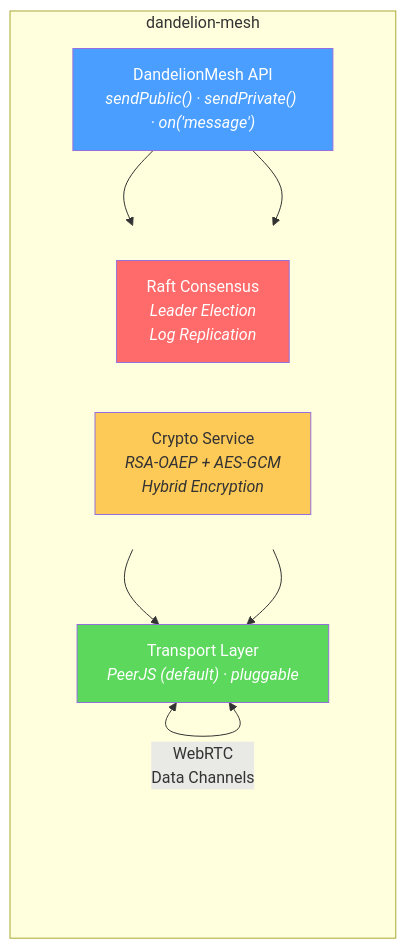
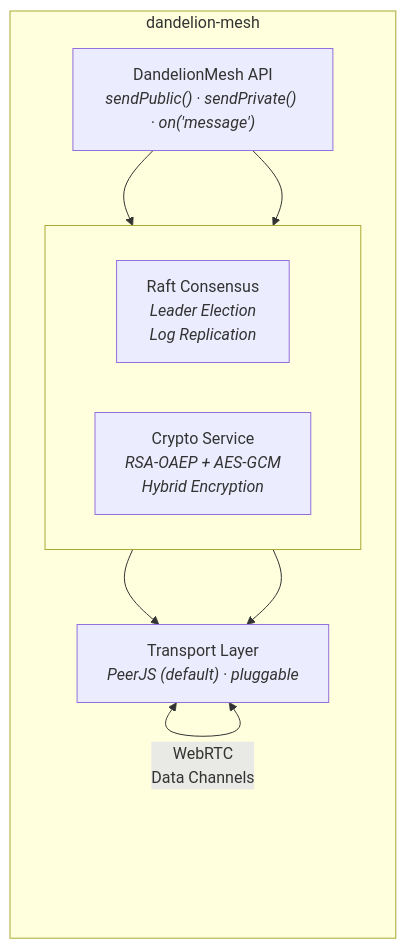
Before and after one commit to predatorray/dandelion-mesh: the first of 3 diagrams in README.md, drawn with Mermaid. The commit also changed 3 other files, not shown here.

````diff
--- a/README.md
+++ b/README.md
@@ -98,27 +98,21 @@
 ```mermaid
 graph TB
     subgraph "dandelion-mesh"
         direction TB
         API["DandelionMesh API<br/><i>sendPublic() · sendPrivate() · on('message')</i>"]
 
         subgraph layers [" "]
             direction LR
             RAFT["Raft Consensus<br/><i>Leader Election<br/>Log Replication</i>"]
             CRYPTO["Crypto Service<br/><i>RSA-OAEP + AES-GCM<br/>Hybrid Encryption</i>"]
         end
 
         TRANSPORT["Transport Layer<br/><i>PeerJS (default) · pluggable</i>"]
     end
 
     API --> RAFT
     API --> CRYPTO
     RAFT --> TRANSPORT
     CRYPTO --> TRANSPORT
     TRANSPORT <-->|WebRTC<br/>Data Channels| TRANSPORT
-
-    style API fill:#4a9eff,color:#fff
-    style RAFT fill:#ff6b6b,color:#fff
-    style CRYPTO fill:#feca57,color:#333
-    style TRANSPORT fill:#5cd85c,color:#fff
-    style layers fill:none,stroke:none
 ```
````
